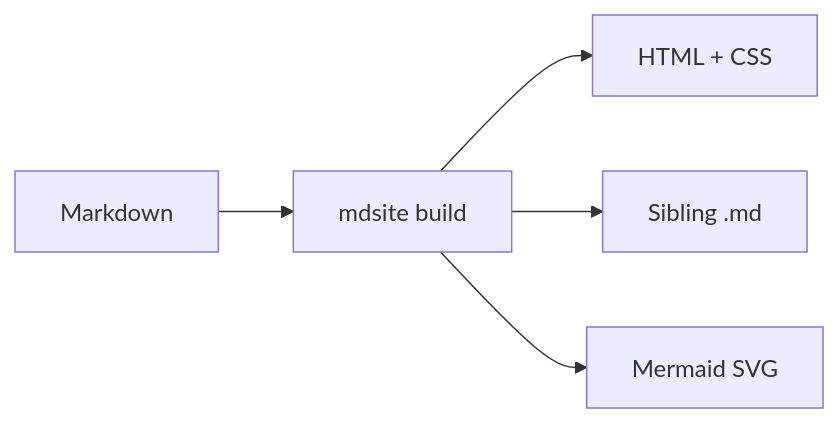
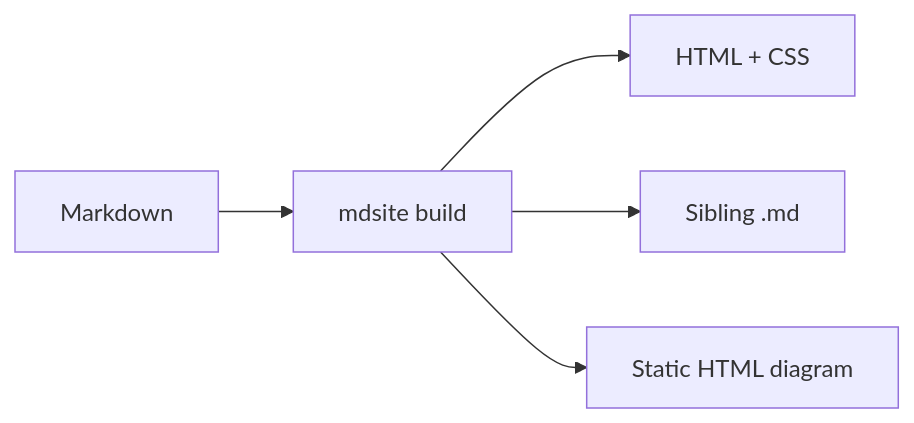
The diagram in examples/demo/index.md (thiezn/mdsite), drawn with Mermaid before and after one commit. The commit also changed 12 other files, not shown here.

````diff
--- a/examples/demo/index.md
+++ b/examples/demo/index.md
@@ -27,7 +27,7 @@
 ```mermaid
 flowchart LR
   md[Markdown] --> mdsite[mdsite build]
   mdsite --> html[HTML + CSS]
   mdsite --> sibling[Sibling .md]
-  mdsite --> svg[Mermaid SVG]
+  mdsite --> diagram[Static HTML diagram]
 ```
````
